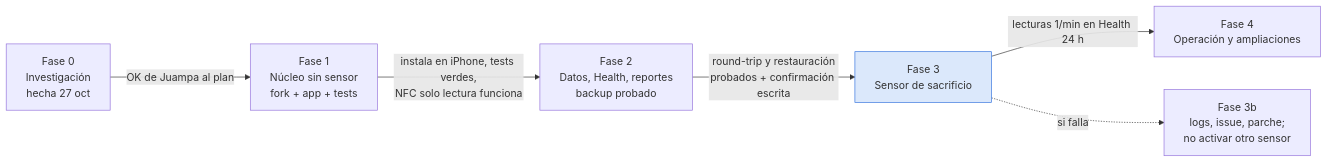
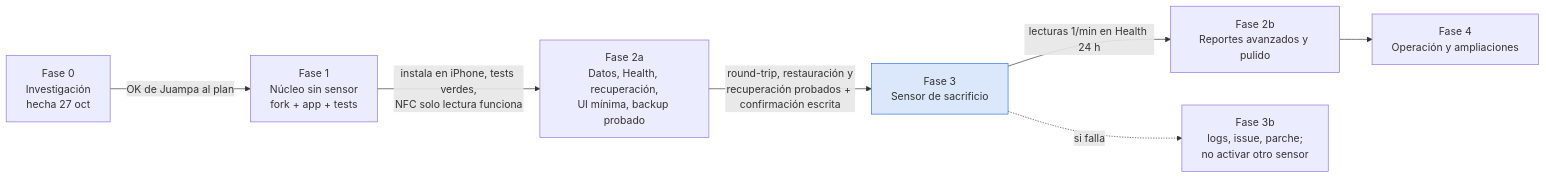
Before and after one commit to juandiab/Lingclose: the diagram in PLAN.md, drawn with Mermaid. The commit also changed other lines of this file and 2 other files, not shown here.

Commit message:
Ajustes del backlog tras la revisión de Astra: authenticationInterrupted, credenciales no se borran, Fase 2a/2b, T-15 cruzado, T-09 con sink inyectado, T-16 exige T-19

````diff
--- a/PLAN.md
+++ b/PLAN.md
@@ -32,9 +32,10 @@
 ```mermaid
 flowchart LR
   F0[Fase 0<br/>Investigación<br/>hecha 27 oct] -->|OK de Juampa al plan| F1[Fase 1<br/>Núcleo sin sensor<br/>fork + app + tests]
-  F1 -->|instala en iPhone, tests verdes,<br/>NFC solo lectura funciona| F2[Fase 2<br/>Datos, Health, reportes<br/>backup probado]
-  F2 -->|round-trip y restauración<br/>probados + confirmación escrita| F3[Fase 3<br/>Sensor de sacrificio]
-  F3 -->|lecturas 1/min en Health 24 h| F4[Fase 4<br/>Operación y ampliaciones]
+  F1 -->|instala en iPhone, tests verdes,<br/>NFC solo lectura funciona| F2[Fase 2a<br/>Datos, Health, recuperación,<br/>UI mínima, backup probado]
+  F2 -->|round-trip, restauración y<br/>recuperación probados + confirmación escrita| F3[Fase 3<br/>Sensor de sacrificio]
+  F3 -->|lecturas 1/min en Health 24 h| F2b[Fase 2b<br/>Reportes avanzados y pulido]
+  F2b --> F4[Fase 4<br/>Operación y ampliaciones]
   F3 -.->|si falla| F3b[Fase 3b<br/>logs, issue, parche;<br/>no activar otro sensor]
   style F3 fill:#dbe8fb,stroke:#2f6fdd
 ```
````
